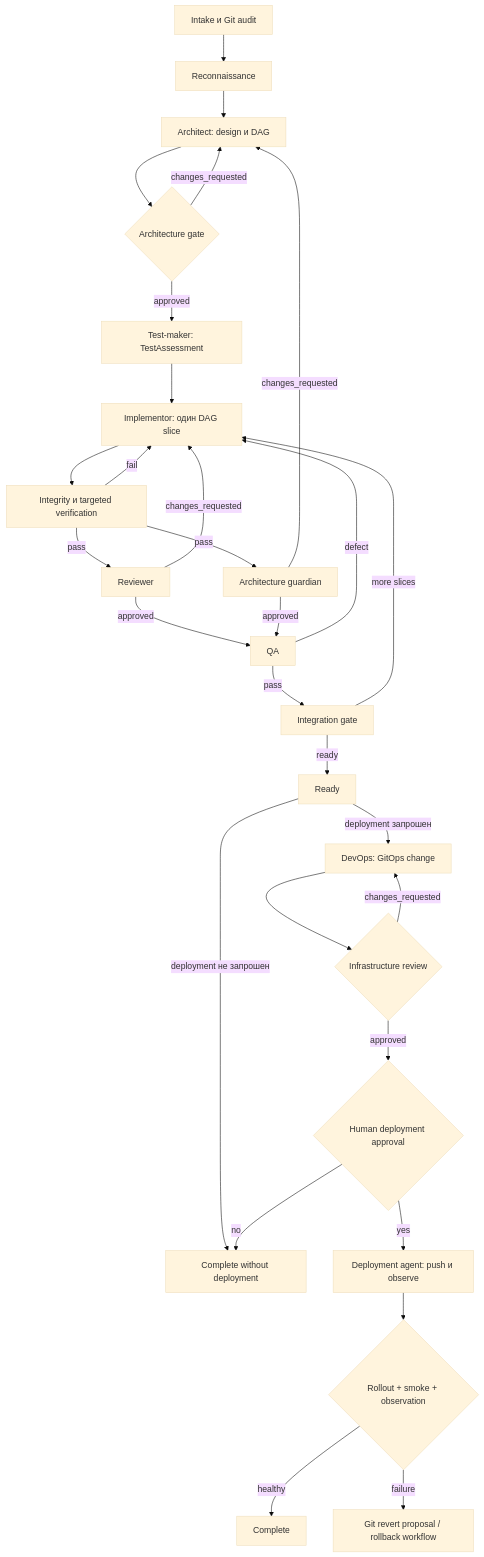
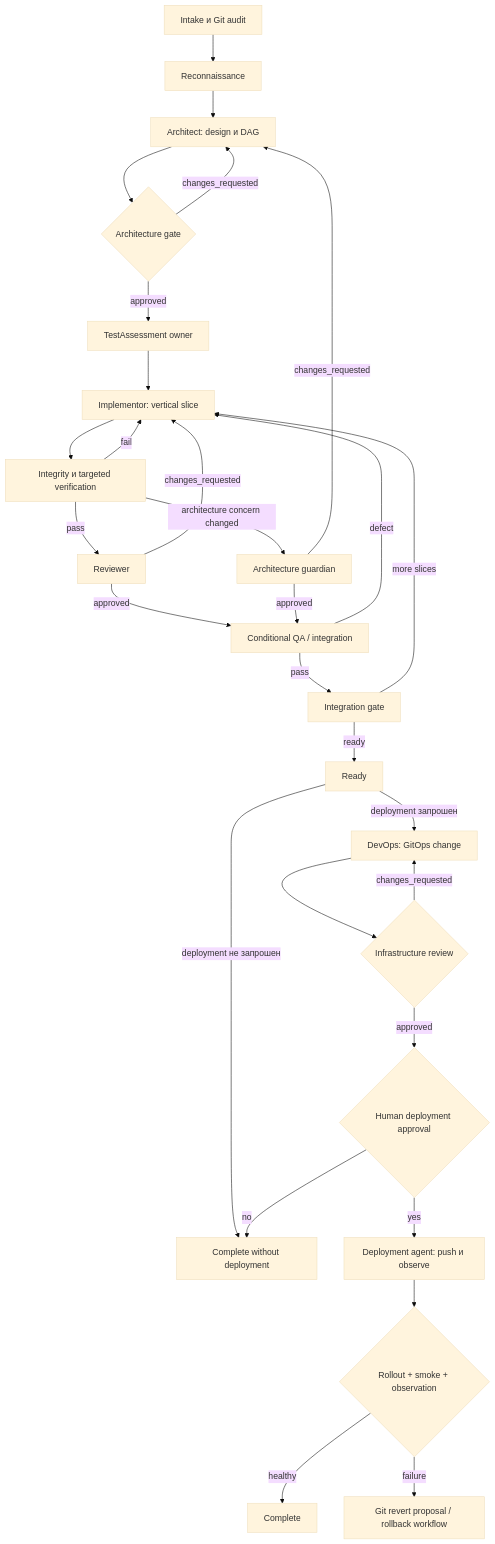
One commit to wget-cloud/codex-plugins changed the diagram in plugins/wget-cloud-implementation/skills/wgc-implementation/references/workflow.md. Above: the diagram before and after it, drawn with Mermaid (base theme). The commit also changed other lines of this file and 77 other files, not shown here.

````diff
--- a/plugins/wget-cloud-implementation/skills/wgc-implementation/references/workflow.md
+++ b/plugins/wget-cloud-implementation/skills/wgc-implementation/references/workflow.md
@@ -24,31 +24,31 @@
 ```mermaid
 flowchart TD
     I["Intake и Git audit"] --> R["Reconnaissance"]
     R --> D["Architect: design и DAG"]
     D --> AG1{"Architecture gate"}
     AG1 -- changes_requested --> D
-    AG1 -- approved --> T["Test-maker: TestAssessment"]
-    T --> IM["Implementor: один DAG slice"]
+    AG1 -- approved --> T["TestAssessment owner"]
+    T --> IM["Implementor: vertical slice"]
     IM --> V["Integrity и targeted verification"]
     V -- fail --> IM
     V -- pass --> CR["Reviewer"]
-    V -- pass --> AG2["Architecture guardian"]
+    V -- architecture concern changed --> AG2["Architecture guardian"]
     CR -- changes_requested --> IM
     AG2 -- changes_requested --> D
-    CR -- approved --> Q["QA"]
+    CR -- approved --> Q["Conditional QA / integration"]
     AG2 -- approved --> Q
     Q -- defect --> IM
     Q -- pass --> IN["Integration gate"]
     IN -- more slices --> IM
     IN -- ready --> RDY["Ready"]
     RDY -->|"deployment не запрошен"| DONE["Complete without deployment"]
     RDY -->|"deployment запрошен"| DO["DevOps: GitOps change"]
     DO --> IR{"Infrastructure review"}
     IR -- changes_requested --> DO
     IR -- approved --> H{"Human deployment approval"}
     H -- no --> DONE
     H -- yes --> DEP["Deployment agent: push и observe"]
     DEP --> OBS{"Rollout + smoke + observation"}
     OBS -- healthy --> COMPLETE["Complete"]
     OBS -- failure --> RB["Git revert proposal / rollback workflow"]
 ```
````
